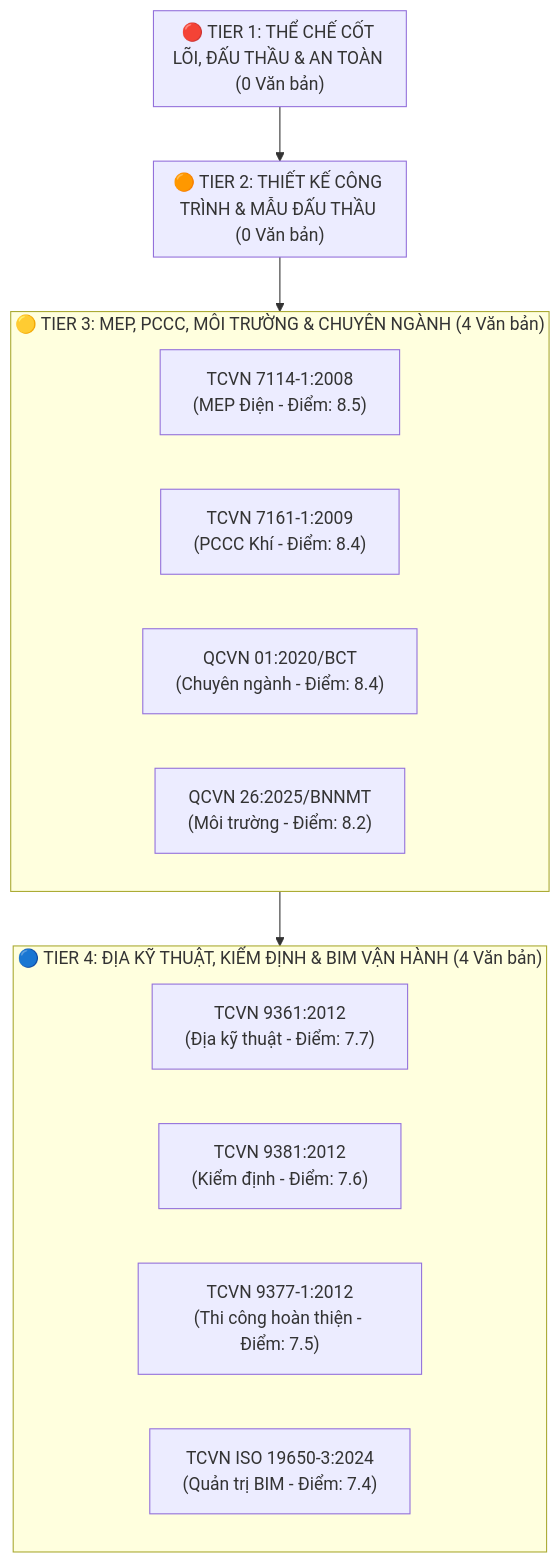
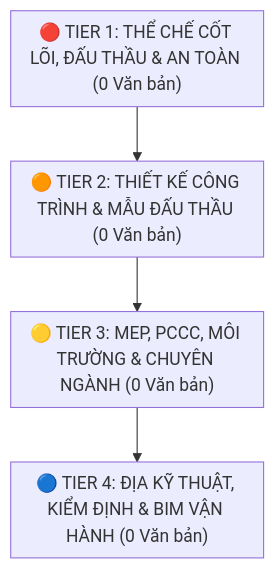
The diagram in .md/knowledge/expansion_roadmap.md (vvChu/ccba-legal-knowledge), drawn with Mermaid before and after one commit. The commit also changed other lines of this file and 34 other files, not shown here.

First line of the commit message:
feat(ontology): 5-ring legal knowledge graph and in-memory inversion for Law 135 (#37)

````diff
--- a/.md/knowledge/expansion_roadmap.md
+++ b/.md/knowledge/expansion_roadmap.md
@@ -23,26 +23,18 @@
 ```mermaid
 graph TD
     subgraph T1["🔴 TIER 1: THỂ CHẾ CỐT LÕI, ĐẤU THẦU & AN TOÀN (0 Văn bản)"]
     end
 
     subgraph T2["🟠 TIER 2: THIẾT KẾ CÔNG TRÌNH & MẪU ĐẤU THẦU (0 Văn bản)"]
     end
 
-    subgraph T3["🟡 TIER 3: MEP, PCCC, MÔI TRƯỜNG & CHUYÊN NGÀNH (4 Văn bản)"]
-        T3_1["TCVN 7114-1:2008<br/>(MEP Điện - Điểm: 8.5)"]
-        T3_2["TCVN 7161-1:2009<br/>(PCCC Khí - Điểm: 8.4)"]
-        T3_3["QCVN 01:2020/BCT<br/>(Chuyên ngành - Điểm: 8.4)"]
-        T3_4["QCVN 26:2025/BNNMT<br/>(Môi trường - Điểm: 8.2)"]
+    subgraph T3["🟡 TIER 3: MEP, PCCC, MÔI TRƯỜNG & CHUYÊN NGÀNH (0 Văn bản)"]
     end
 
-    subgraph T4["🔵 TIER 4: ĐỊA KỸ THUẬT, KIỂM ĐỊNH & BIM VẬN HÀNH (4 Văn bản)"]
-        T4_1["TCVN 9361:2012<br/>(Địa kỹ thuật - Điểm: 7.7)"]
-        T4_2["TCVN 9381:2012<br/>(Kiểm định - Điểm: 7.6)"]
-        T4_3["TCVN 9377-1:2012<br/>(Thi công hoàn thiện - Điểm: 7.5)"]
-        T4_4["TCVN ISO 19650-3:2024<br/>(Quản trị BIM - Điểm: 7.4)"]
+    subgraph T4["🔵 TIER 4: ĐỊA KỸ THUẬT, KIỂM ĐỊNH & BIM VẬN HÀNH (0 Văn bản)"]
     end
 
     T1 --> T2
     T2 --> T3
     T3 --> T4
 ```
````
